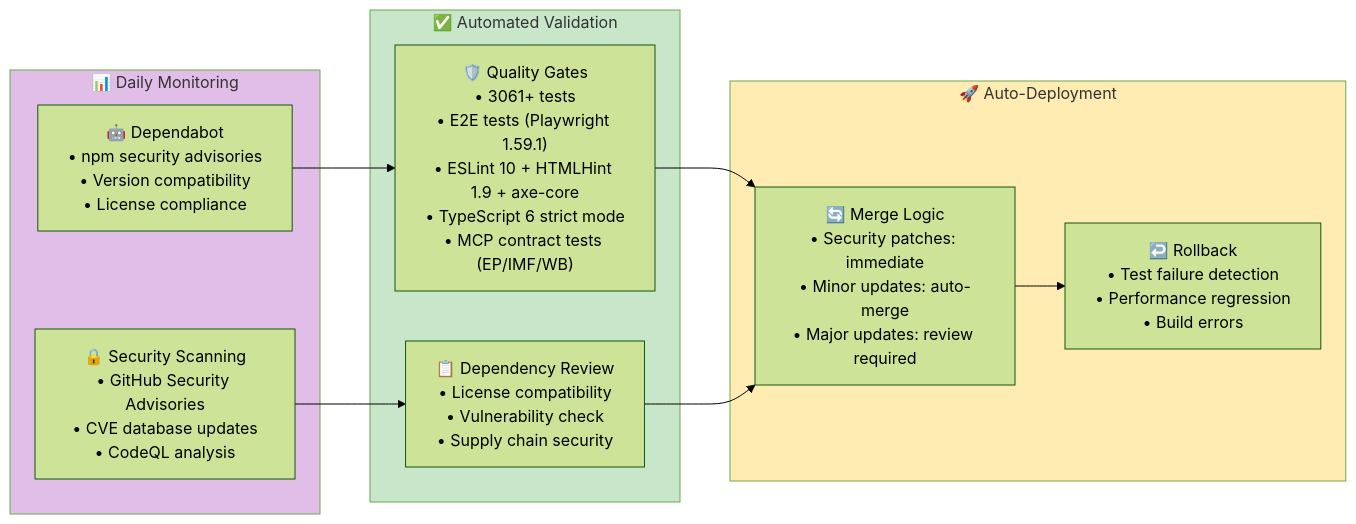
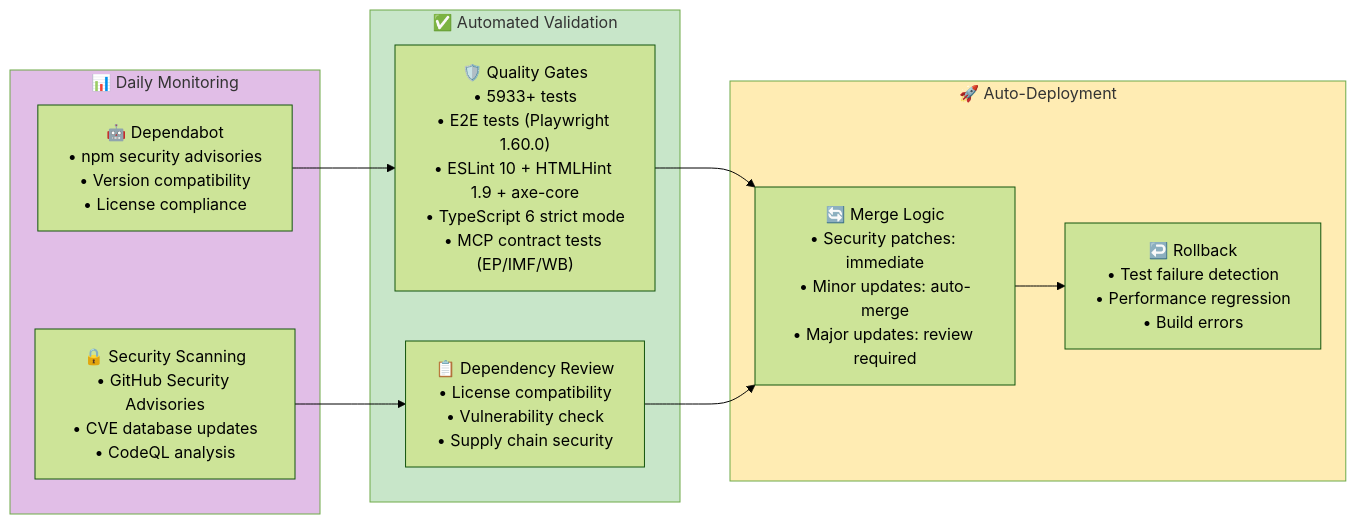
One commit to Hack23/euparliamentmonitor changed the fourth of 6 diagrams in End-of-Life-Strategy.md. Above: the diagram before and after it, drawn with Mermaid (forest theme). The commit also changed other lines of this file and 2 other files, not shown here.

````diff
--- a/End-of-Life-Strategy.md
+++ b/End-of-Life-Strategy.md
@@ -365,27 +365,27 @@
 ```mermaid
 flowchart LR
     subgraph MONITORING["📊 Daily Monitoring"]
         DEPENDABOT["🤖 Dependabot<br/>• npm security advisories<br/>• Version compatibility<br/>• License compliance"]
         SECURITY_SCAN["🔒 Security Scanning<br/>• GitHub Security Advisories<br/>• CVE database updates<br/>• CodeQL analysis"]
     end
 
     subgraph VALIDATION["✅ Automated Validation"]
-        QUALITY_GATES["🛡️ Quality Gates<br/>• 3061+ tests<br/>• E2E tests (Playwright 1.59.1)<br/>• ESLint 10 + HTMLHint 1.9 + axe-core<br/>• TypeScript 6 strict mode<br/>• MCP contract tests (EP/IMF/WB)"]
+        QUALITY_GATES["🛡️ Quality Gates<br/>• 5933+ tests<br/>• E2E tests (Playwright 1.60.0)<br/>• ESLint 10 + HTMLHint 1.9 + axe-core<br/>• TypeScript 6 strict mode<br/>• MCP contract tests (EP/IMF/WB)"]
         REVIEW_ACTION["📋 Dependency Review<br/>• License compatibility<br/>• Vulnerability check<br/>• Supply chain security"]
     end
 
     subgraph DEPLOYMENT["🚀 Auto-Deployment"]
         AUTO_MERGE["🔄 Merge Logic<br/>• Security patches: immediate<br/>• Minor updates: auto-merge<br/>• Major updates: review required"]
         ROLLBACK["↩️ Rollback<br/>• Test failure detection<br/>• Performance regression<br/>• Build errors"]
     end
 
     DEPENDABOT --> QUALITY_GATES
     SECURITY_SCAN --> REVIEW_ACTION
     QUALITY_GATES --> AUTO_MERGE
     REVIEW_ACTION --> AUTO_MERGE
     AUTO_MERGE --> ROLLBACK
 
     style MONITORING fill:#e1bee7
     style VALIDATION fill:#c8e6c9
     style DEPLOYMENT fill:#ffecb3
 ```
````
